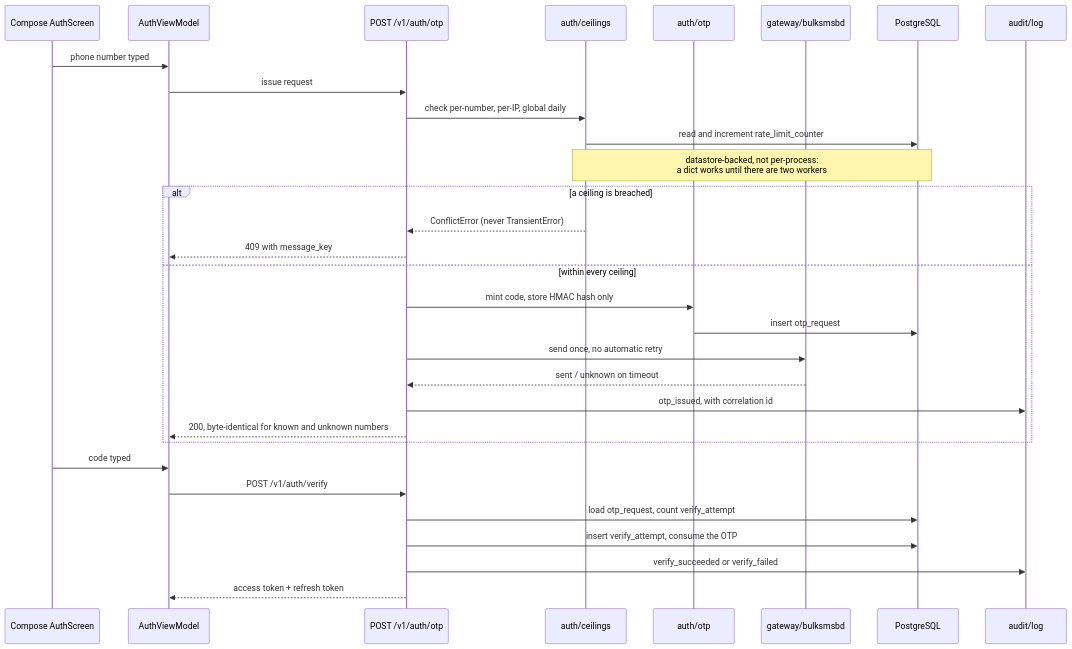
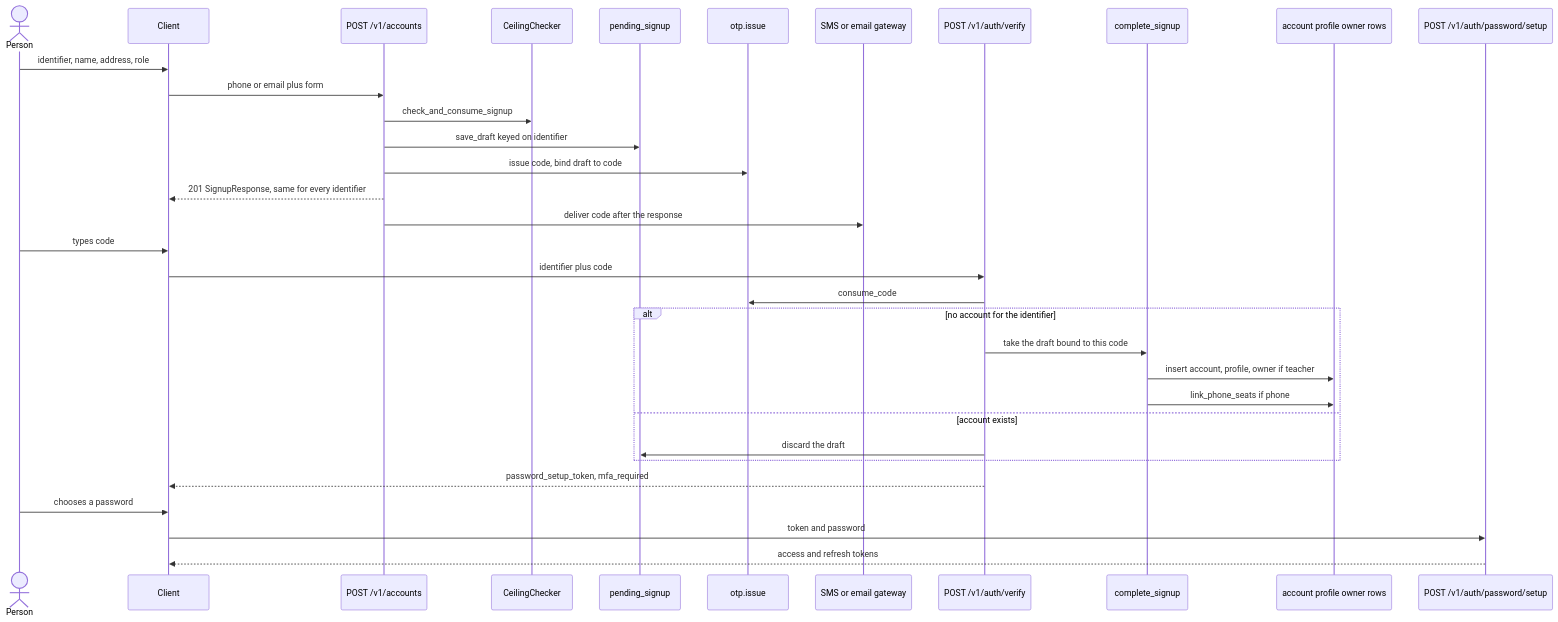
Before and after one commit to arshomashohag/shikkhok-plus: the second of 6 diagrams in aidlc/spaces/default/codekb/shikkhok-plus/architecture.md, drawn with Mermaid. The commit also changed other lines of this file and 16 other files, not shown here.

````diff
--- a/aidlc/spaces/default/codekb/shikkhok-plus/architecture.md
+++ b/aidlc/spaces/default/codekb/shikkhok-plus/architecture.md
@@ -213,35 +112,35 @@
 ```mermaid
 sequenceDiagram
-    participant App as Compose AuthScreen
-    participant VM as AuthViewModel
-    participant API as POST /v1/auth/otp
-    participant CEIL as auth/ceilings
-    participant OTP as auth/otp
-    participant GW as gateway/bulksmsbd
-    participant DB as PostgreSQL
-    participant AUD as audit/log
-
-    App->>VM: phone number typed
-    VM->>API: issue request
-    API->>CEIL: check per-number, per-IP, global daily
-    CEIL->>DB: read and increment rate_limit_counter
-    Note over CEIL,DB: datastore-backed, not per-process:<br/>a dict works until there are two workers
-    alt a ceiling is breached
-        CEIL-->>API: ConflictError (never TransientError)
-        API-->>VM: 409 with message_key
-    else within every ceiling
-        API->>OTP: mint code, store HMAC hash only
-        OTP->>DB: insert otp_request
-        API->>GW: send once, no automatic retry
-        GW-->>API: sent / unknown on timeout
-        API->>AUD: otp_issued, with correlation id
-        API-->>VM: 200, byte-identical for known and unknown numbers
+    actor P as Person
+    participant C as Client
+    participant A as POST /v1/accounts
+    participant CE as CeilingChecker
+    participant PD as pending_signup
+    participant O as otp.issue
+    participant G as SMS or email gateway
+    participant V as POST /v1/auth/verify
+    participant S as complete_signup
+    participant DB as account profile owner rows
+    participant PS as POST /v1/auth/password/setup
+    P->>C: identifier, name, address, role
+    C->>A: phone or email plus form
+    A->>CE: check_and_consume_signup
+    A->>PD: save_draft keyed on identifier
+    A->>O: issue code, bind draft to code
+    A-->>C: 201 SignupResponse, same for every identifier
+    A->>G: deliver code after the response
+    P->>C: types code
+    C->>V: identifier plus code
+    V->>O: consume_code
+    alt no account for the identifier
+        V->>S: take the draft bound to this code
+        S->>DB: insert account, profile, owner if teacher
+        S->>DB: link_phone_seats if phone
+    else account exists
+        V->>PD: discard the draft
     end
-
-    App->>VM: code typed
-    VM->>API: POST /v1/auth/verify
-    API->>DB: load otp_request, count verify_attempt
-    API->>DB: insert verify_attempt, consume the OTP
-    API->>AUD: verify_succeeded or verify_failed
-    API-->>VM: access token + refresh token
+    V-->>C: password_setup_token, mfa_required
+    P->>C: chooses a password
+    C->>PS: token and password
+    PS-->>C: access and refresh tokens
 ```
````
